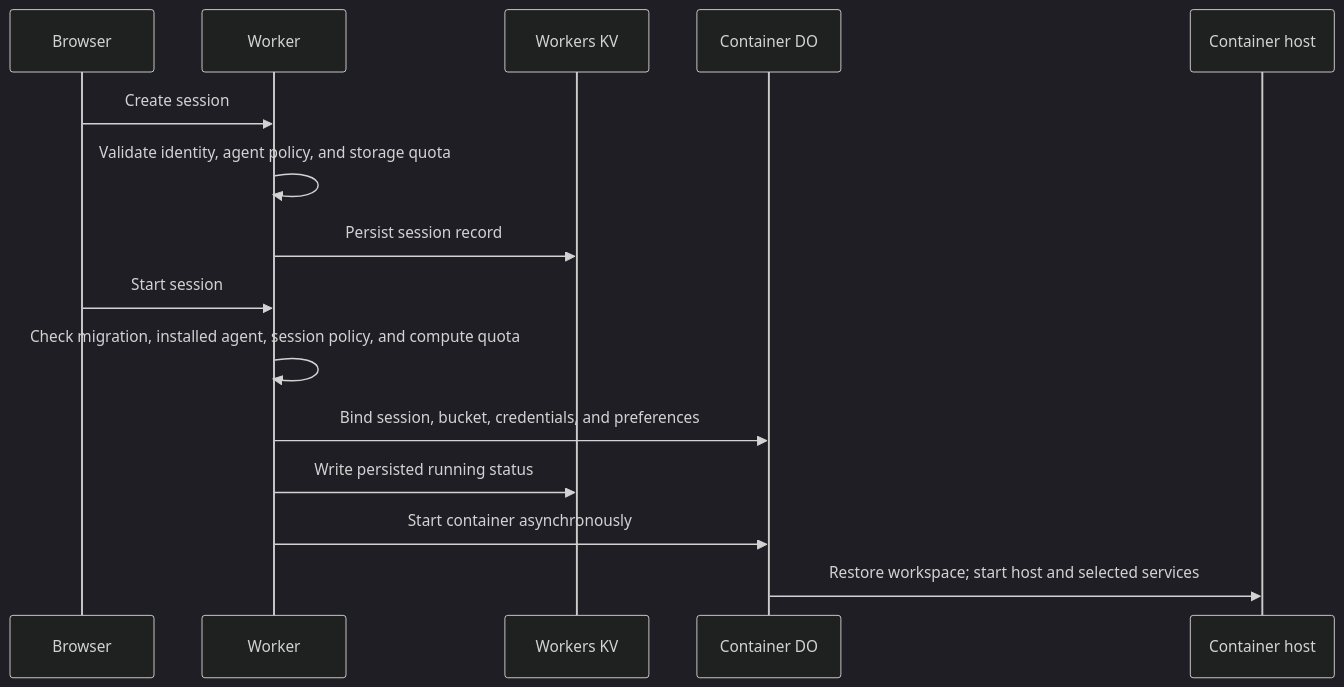
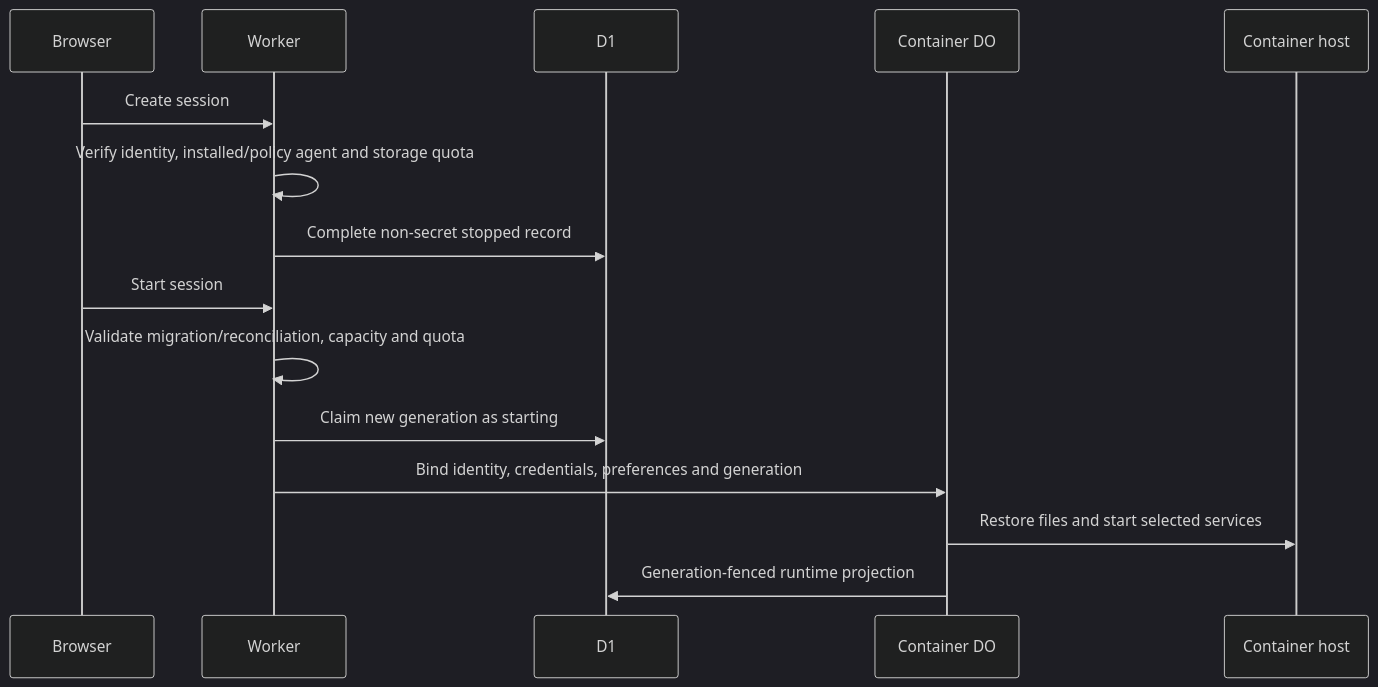
Before and after one commit to nikolanovoselec/codeflare: the second of 3 diagrams in documentation/lanes/architecture.md, drawn with Mermaid (dark theme). The commit also changed other lines of this file and 85 other files, not shown here.

````diff
--- a/documentation/lanes/architecture.md
+++ b/documentation/lanes/architecture.md
@@ -425,17 +342,17 @@
 ```mermaid
 sequenceDiagram
     participant U as Browser
     participant W as Worker
-    participant KV as Workers KV
+    participant DB as D1
     participant DO as Container DO
     participant C as Container host
     U->>W: Create session
-    W->>W: Validate identity, agent policy, and storage quota
-    W->>KV: Persist session record
+    W->>W: Verify identity, installed/policy agent and storage quota
+    W->>DB: Complete non-secret stopped record
     U->>W: Start session
-    W->>W: Check migration, installed agent, session policy, and compute quota
-    W->>DO: Bind session, bucket, credentials, and preferences
-    W->>KV: Write persisted running status
-    W->>DO: Start container asynchronously
-    DO->>C: Restore workspace#59; start host and selected services
+    W->>W: Validate migration/reconciliation, capacity and quota
+    W->>DB: Claim new generation as starting
+    W->>DO: Bind identity, credentials, preferences and generation
+    DO->>C: Restore files and start selected services
+    DO->>DB: Generation-fenced runtime projection
 ```
````
